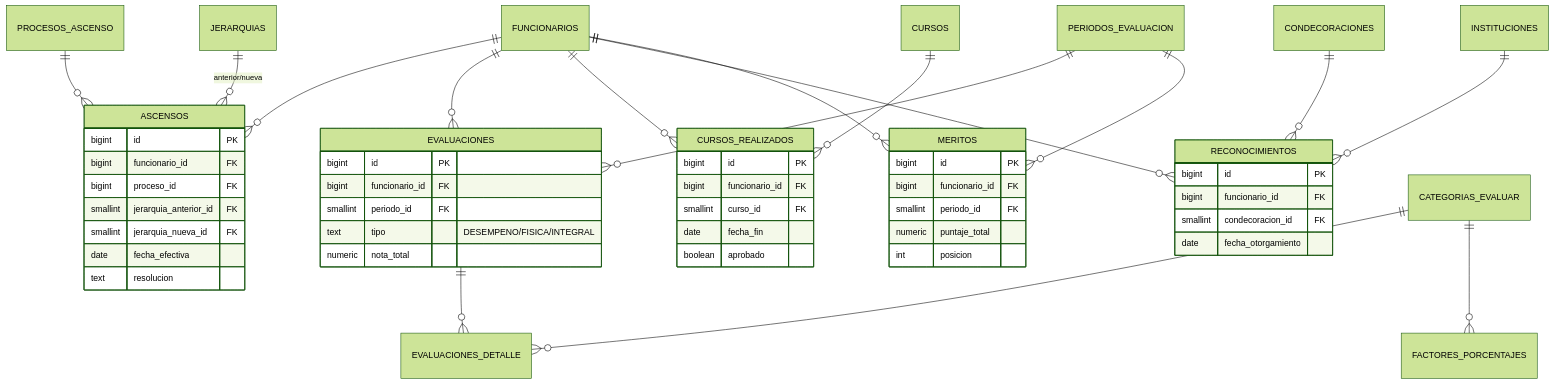
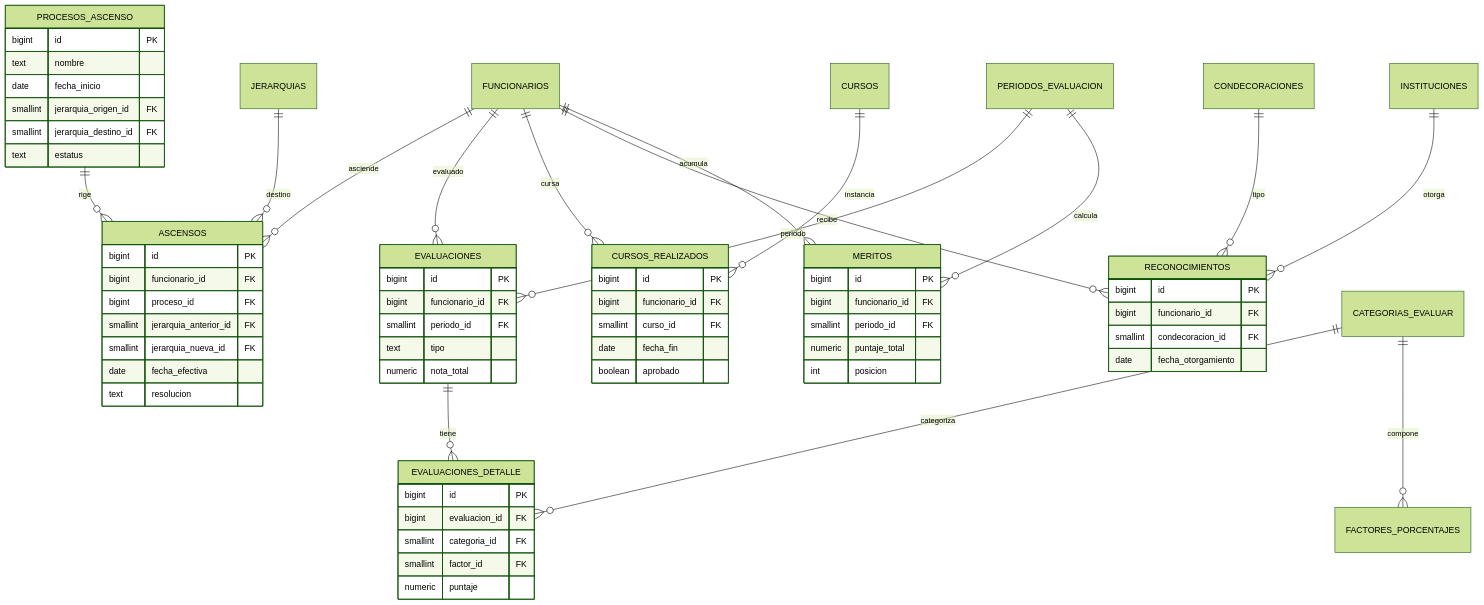
Before and after one commit to darvinh12/bomberos-sc: the fifth of 8 diagrams in docs/ER.md, drawn with Mermaid (forest theme). The commit also changed other lines of this file, not shown here.

Commit message:
fix(docs): ER.md compatible con renderer Mermaid de GitHub

````diff
--- a/docs/ER.md
+++ b/docs/ER.md
@@ -368,56 +439,70 @@
 ```mermaid
 erDiagram
-    FUNCIONARIOS ||--o{ ASCENSOS : ""
-    FUNCIONARIOS ||--o{ EVALUACIONES : ""
-    FUNCIONARIOS ||--o{ CURSOS_REALIZADOS : ""
-    FUNCIONARIOS ||--o{ RECONOCIMIENTOS : ""
-    FUNCIONARIOS ||--o{ MERITOS : ""
-
-    PROCESOS_ASCENSO ||--o{ ASCENSOS : ""
-    JERARQUIAS ||--o{ ASCENSOS : "anterior/nueva"
-    PERIODOS_EVALUACION ||--o{ EVALUACIONES : ""
-    PERIODOS_EVALUACION ||--o{ MERITOS : ""
-    EVALUACIONES ||--o{ EVALUACIONES_DETALLE : ""
-    CATEGORIAS_EVALUAR ||--o{ EVALUACIONES_DETALLE : ""
-    CATEGORIAS_EVALUAR ||--o{ FACTORES_PORCENTAJES : ""
-    CURSOS ||--o{ CURSOS_REALIZADOS : ""
-    CONDECORACIONES ||--o{ RECONOCIMIENTOS : ""
-    INSTITUCIONES ||--o{ RECONOCIMIENTOS : ""
+    FUNCIONARIOS ||--o{ ASCENSOS : "asciende"
+    FUNCIONARIOS ||--o{ EVALUACIONES : "evaluado"
+    FUNCIONARIOS ||--o{ CURSOS_REALIZADOS : "cursa"
+    FUNCIONARIOS ||--o{ RECONOCIMIENTOS : "recibe"
+    FUNCIONARIOS ||--o{ MERITOS : "acumula"
+    PROCESOS_ASCENSO ||--o{ ASCENSOS : "rige"
+    JERARQUIAS ||--o{ ASCENSOS : "destino"
+    PERIODOS_EVALUACION ||--o{ EVALUACIONES : "periodo"
+    PERIODOS_EVALUACION ||--o{ MERITOS : "calcula"
+    EVALUACIONES ||--o{ EVALUACIONES_DETALLE : "tiene"
+    CATEGORIAS_EVALUAR ||--o{ EVALUACIONES_DETALLE : "categoriza"
+    CATEGORIAS_EVALUAR ||--o{ FACTORES_PORCENTAJES : "compone"
+    CURSOS ||--o{ CURSOS_REALIZADOS : "instancia"
+    CONDECORACIONES ||--o{ RECONOCIMIENTOS : "tipo"
+    INSTITUCIONES ||--o{ RECONOCIMIENTOS : "otorga"
 
     ASCENSOS {
         bigint id PK
         bigint funcionario_id FK
         bigint proceso_id FK
         smallint jerarquia_anterior_id FK
         smallint jerarquia_nueva_id FK
         date fecha_efectiva
         text resolucion
     }
     EVALUACIONES {
         bigint id PK
         bigint funcionario_id FK
         smallint periodo_id FK
-        text tipo "DESEMPENO/FISICA/INTEGRAL"
+        text tipo
         numeric nota_total
+    }
+    EVALUACIONES_DETALLE {
+        bigint id PK
+        bigint evaluacion_id FK
+        smallint categoria_id FK
+        smallint factor_id FK
+        numeric puntaje
     }
     CURSOS_REALIZADOS {
         bigint id PK
         bigint funcionario_id FK
         smallint curso_id FK
         date fecha_fin
         boolean aprobado
     }
     MERITOS {
         bigint id PK
         bigint funcionario_id FK
         smallint periodo_id FK
         numeric puntaje_total
         int posicion
     }
     RECONOCIMIENTOS {
         bigint id PK
         bigint funcionario_id FK
         smallint condecoracion_id FK
         date fecha_otorgamiento
     }
+    PROCESOS_ASCENSO {
+        bigint id PK
+        text nombre
+        date fecha_inicio
+        smallint jerarquia_origen_id FK
+        smallint jerarquia_destino_id FK
+        text estatus
+    }
 ```
````
